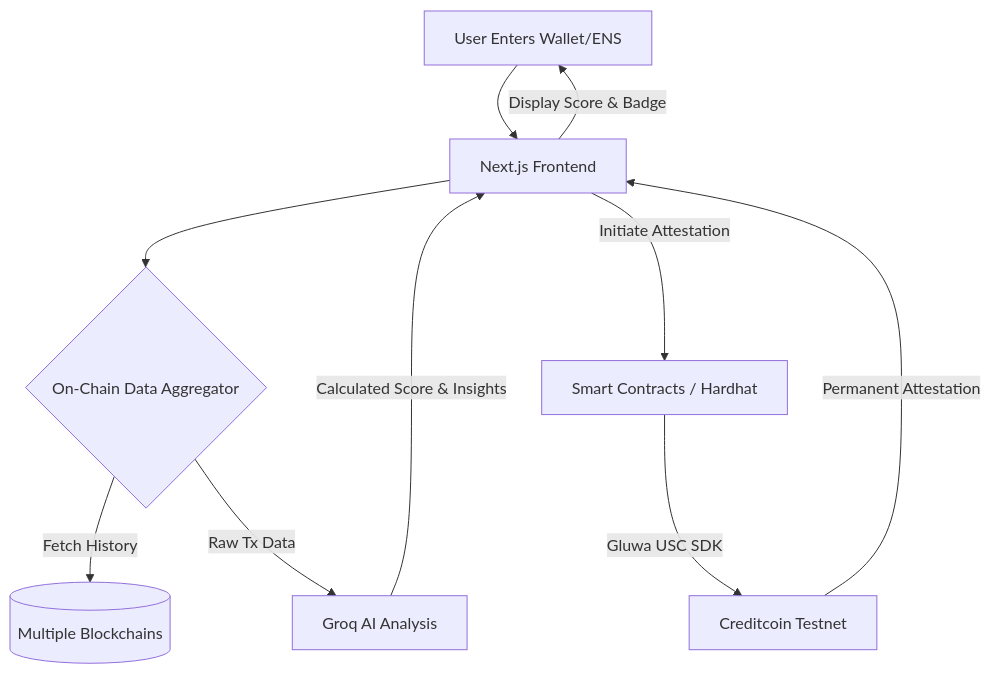
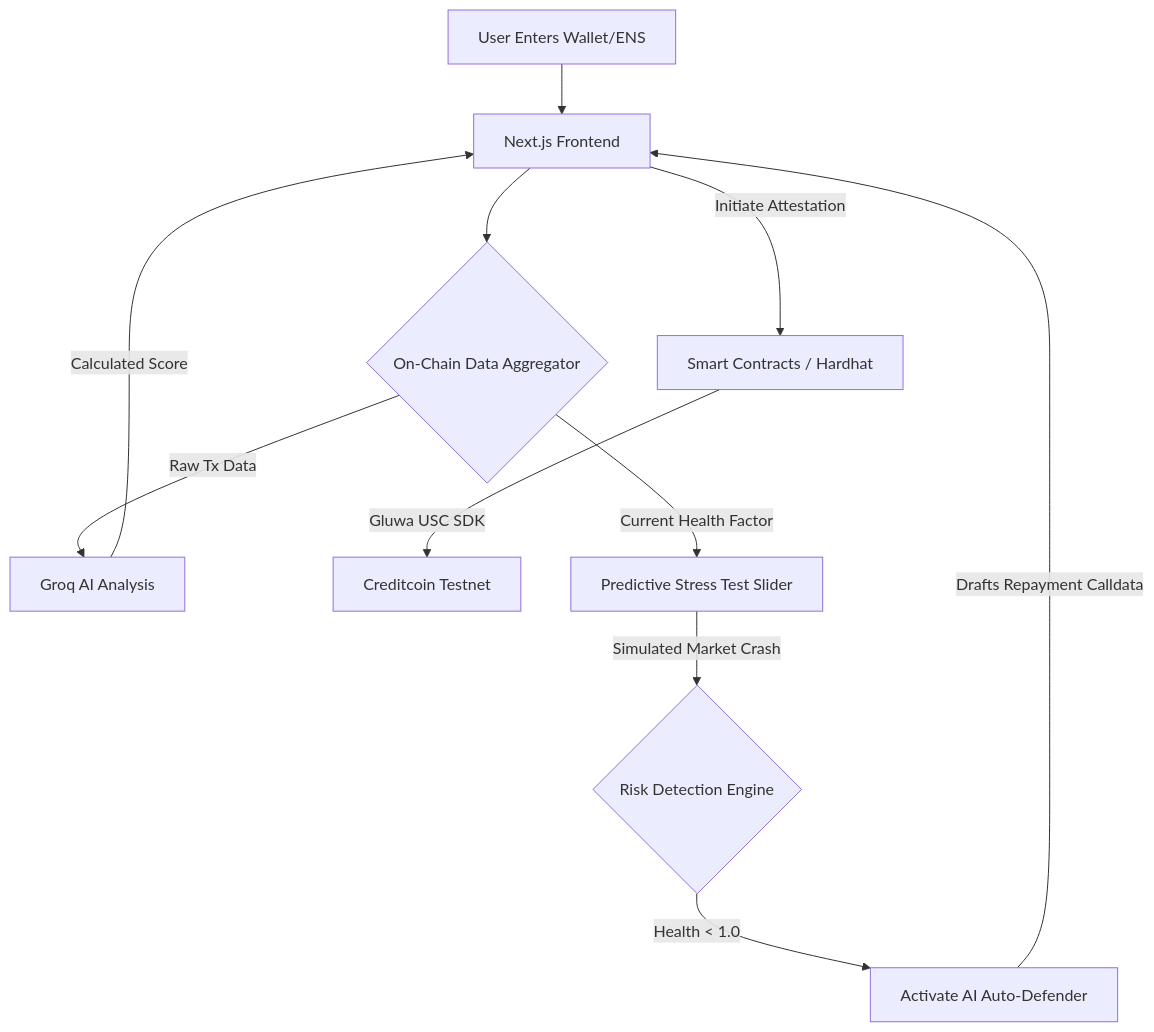
The diagram in README.md (Shreyas578/LoanLens), drawn with Mermaid before and after one commit. The commit also changed other lines of this file and 14 other files, not shown here.

````diff
--- a/README.md
+++ b/README.md
@@ -19,12 +25,17 @@
 ```mermaid
 graph TD
     A[User Enters Wallet/ENS] --> B[Next.js Frontend]
     B --> C{On-Chain Data Aggregator}
-    C -->|Fetch History| D[(Multiple Blockchains)]
+    
+    %% Credit Scoring Path
     C -->|Raw Tx Data| E[Groq AI Analysis]
-    E -->|Calculated Score & Insights| B
+    E -->|Calculated Score| B
     B -->|Initiate Attestation| F[Smart Contracts / Hardhat]
     F -->|Gluwa USC SDK| G[Creditcoin Testnet]
-    G -->|Permanent Attestation| B
-    B -->|Display Score & Badge| A
+    
+    %% Risk Defender Path
+    C -->|Current Health Factor| H[Predictive Stress Test Slider]
+    H -->|Simulated Market Crash| I{Risk Detection Engine}
+    I -->|Health < 1.0| J[Activate AI Auto-Defender]
+    J -->|Drafts Repayment Calldata| B
 ```
````
